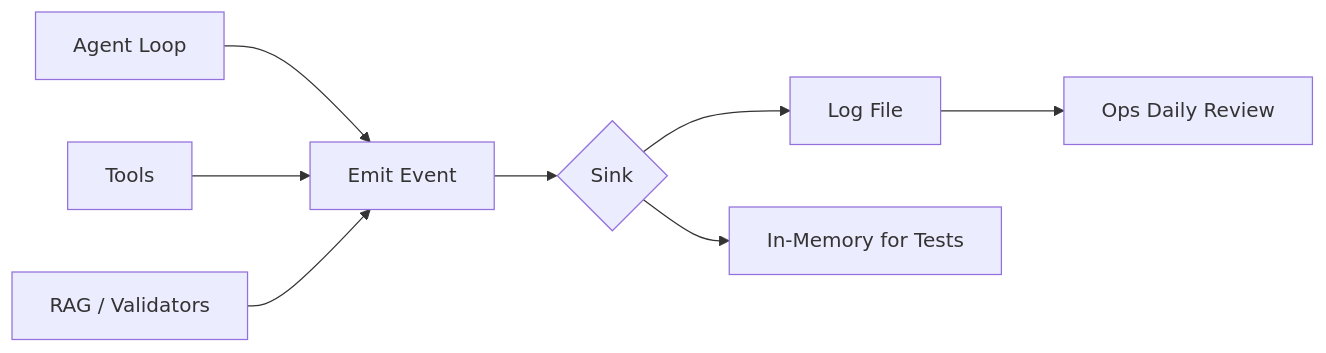
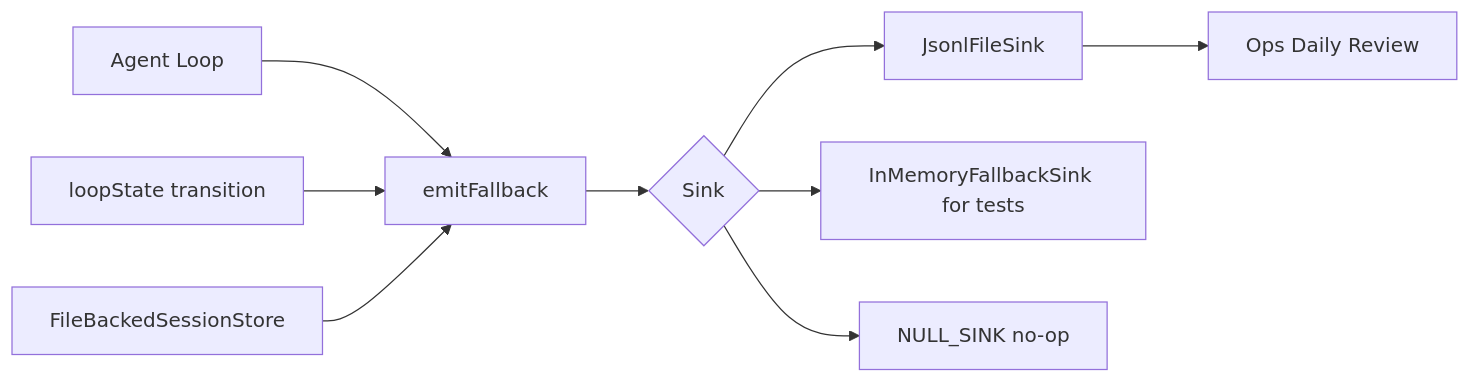
The first of 3 diagrams in Docs/current-system/engine/observability.md (EdoardoMongardi/NYU_Path), drawn with Mermaid before and after one commit. The commit also changed other lines of this file and 73 other files, not shown here.

````diff
--- a/Docs/current-system/engine/observability.md
+++ b/Docs/current-system/engine/observability.md
@@ -7,10 +11,11 @@
 ```mermaid
 flowchart LR
-    Loop[Agent Loop] --> Emit[Emit Event]
-    Tool[Tools] --> Emit
-    RAG[RAG / Validators] --> Emit
+    Loop[Agent Loop] --> Emit[emitFallback]
+    LoopState[loopState transition] --> Emit
+    Store[FileBackedSessionStore] --> Emit
     Emit --> Sink{Sink}
-    Sink --> File[Log File]
-    Sink --> Memory[In-Memory for Tests]
+    Sink --> File[JsonlFileSink]
+    Sink --> Memory[InMemoryFallbackSink for tests]
+    Sink --> Null[NULL_SINK no-op]
     File --> Ops[Ops Daily Review]
 ```
````
